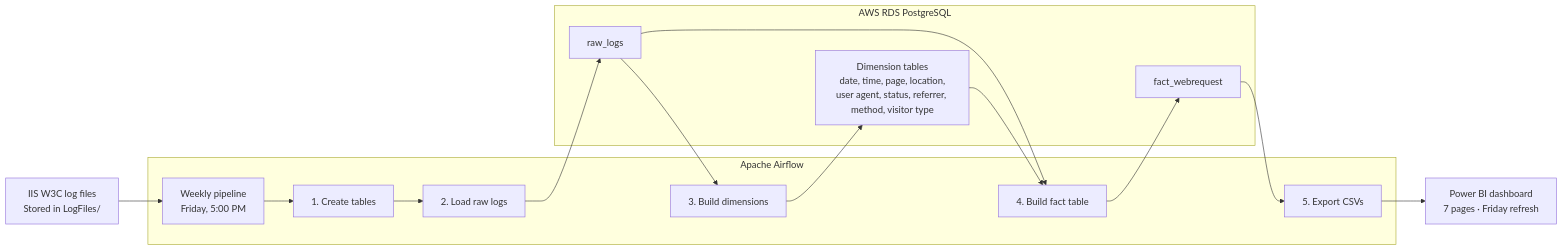
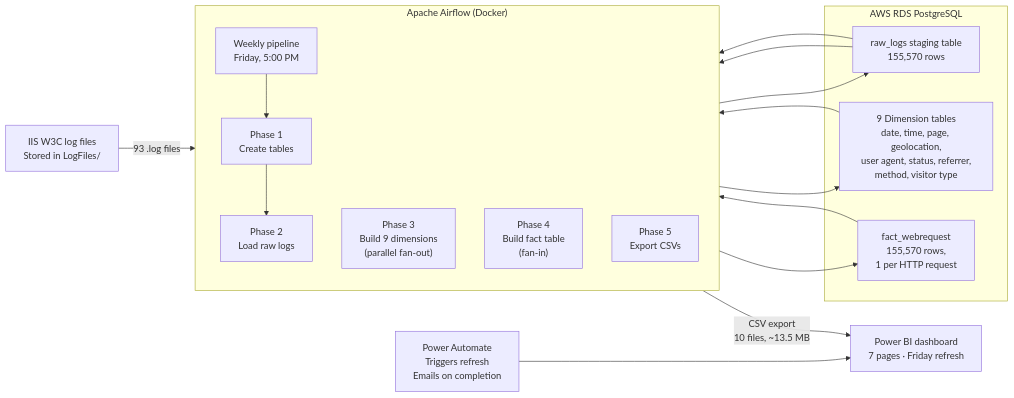
The first of 8 diagrams in README.md (AhmedIkram05/w3c-etl-pipeline), drawn with Mermaid before and after one commit. The commit also changed other lines of this file, not shown here.

Commit message:
Enhance README.md: Update tech stack, add monitoring stack details, and improve documentation clarity. Include new dashboard screenshots and refine design decisions for better understanding. Add Docker and Grafana setup instructions for local development.

````diff
--- a/README.md
+++ b/README.md
@@ -51,27 +73,30 @@
 ```mermaid
 flowchart LR
     source["IIS W3C log files<br/>Stored in LogFiles/"]
+    
+    subgraph airflow["Apache Airflow (Docker)"]
+        direction TB
+        dag["Weekly pipeline<br/>Friday, 5:00 PM"]
+        step1["Phase 1<br/>Create tables"]
+        step2["Phase 2<br/>Load raw logs"]
+        step3["Phase 3<br/>Build 9 dimensions<br/>(parallel fan-out)"]
+        step4["Phase 4<br/>Build fact table<br/>(fan-in)"]
+        step5["Phase 5<br/>Export CSVs"]
+    end
+    
+    subgraph warehouse["AWS RDS PostgreSQL"]
+        raw["raw_logs staging table<br/>155,570 rows"]
+        dims["9 Dimension tables<br/>date, time, page, geolocation,<br/>user agent, status, referrer,<br/>method, visitor type"]
+        fact["fact_webrequest<br/>155,570 rows,<br/>1 per HTTP request"]
+    end
+    
+    powerbi["Power BI dashboard<br/>7 pages · Friday refresh"]
+    automation["Power Automate<br/>Triggers refresh<br/>Emails on completion"]
 
-    subgraph airflow["Apache Airflow"]
-        dag["Weekly pipeline<br/>Friday, 5:00 PM"]
-        step1["1. Create tables"]
-        step2["2. Load raw logs"]
-        step3["3. Build dimensions"]
-        step4["4. Build fact table"]
-        step5["5. Export CSVs"]
-    end
-
-    subgraph warehouse["AWS RDS PostgreSQL"]
-        raw["raw_logs"]
-        dims["Dimension tables<br/>date, time, page, location,<br/>user agent, status, referrer, method, visitor type"]
-        fact["fact_webrequest"]
-    end
-
-    powerbi["Power BI dashboard<br/>7 pages · Friday refresh"]
-
-    source --> dag --> step1 --> step2 --> raw
+    source -->|93 .log files| dag --> step1 --> step2 --> raw
     raw --> step3 --> dims
     raw --> step4 --> fact
     dims --> step4
-    fact --> step5 --> powerbi
+    fact --> step5 -->|CSV export<br/>10 files, ~13.5 MB| powerbi
+    automation --> powerbi
 ```
````
